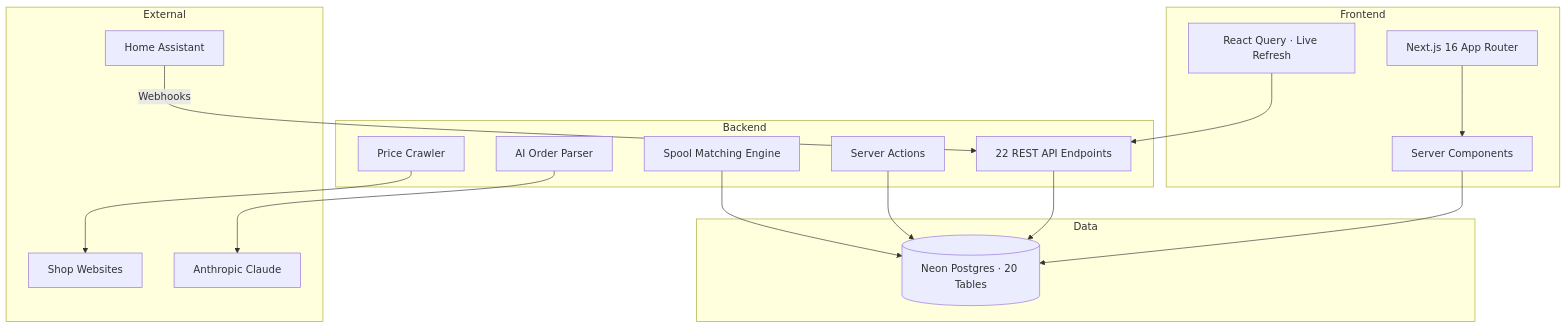
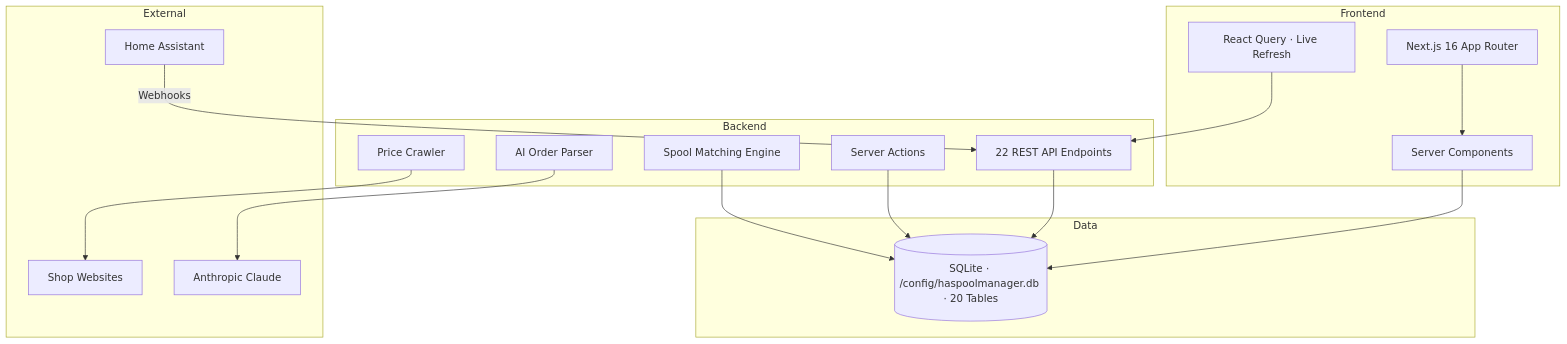
The diagram in README.md (kbarthei/HASpoolManager), drawn with Mermaid before and after one commit. The commit also changed other lines of this file and 4 other files, not shown here.

````diff
--- a/README.md
+++ b/README.md
@@ -49,36 +49,36 @@
 ```mermaid
 graph TB
     subgraph "Frontend"
         UI[Next.js 16 App Router]
         SC[Server Components]
         RQ[React Query · Live Refresh]
     end
 
     subgraph "Backend"
         API[22 REST API Endpoints]
         SA[Server Actions]
         AI[AI Order Parser]
         ME[Spool Matching Engine]
         PC[Price Crawler]
     end
 
     subgraph "Data"
-        DB[(Neon Postgres · 20 Tables)]
+        DB[(SQLite · /config/haspoolmanager.db · 20 Tables)]
     end
 
     subgraph "External"
         HA[Home Assistant]
         SHOPS[Shop Websites]
         CLAUDE[Anthropic Claude]
     end
 
     UI --> SC
     SC --> DB
     RQ --> API
     API --> DB
     SA --> DB
     AI --> CLAUDE
     PC --> SHOPS
     HA -->|Webhooks| API
     ME --> DB
 ```
````
